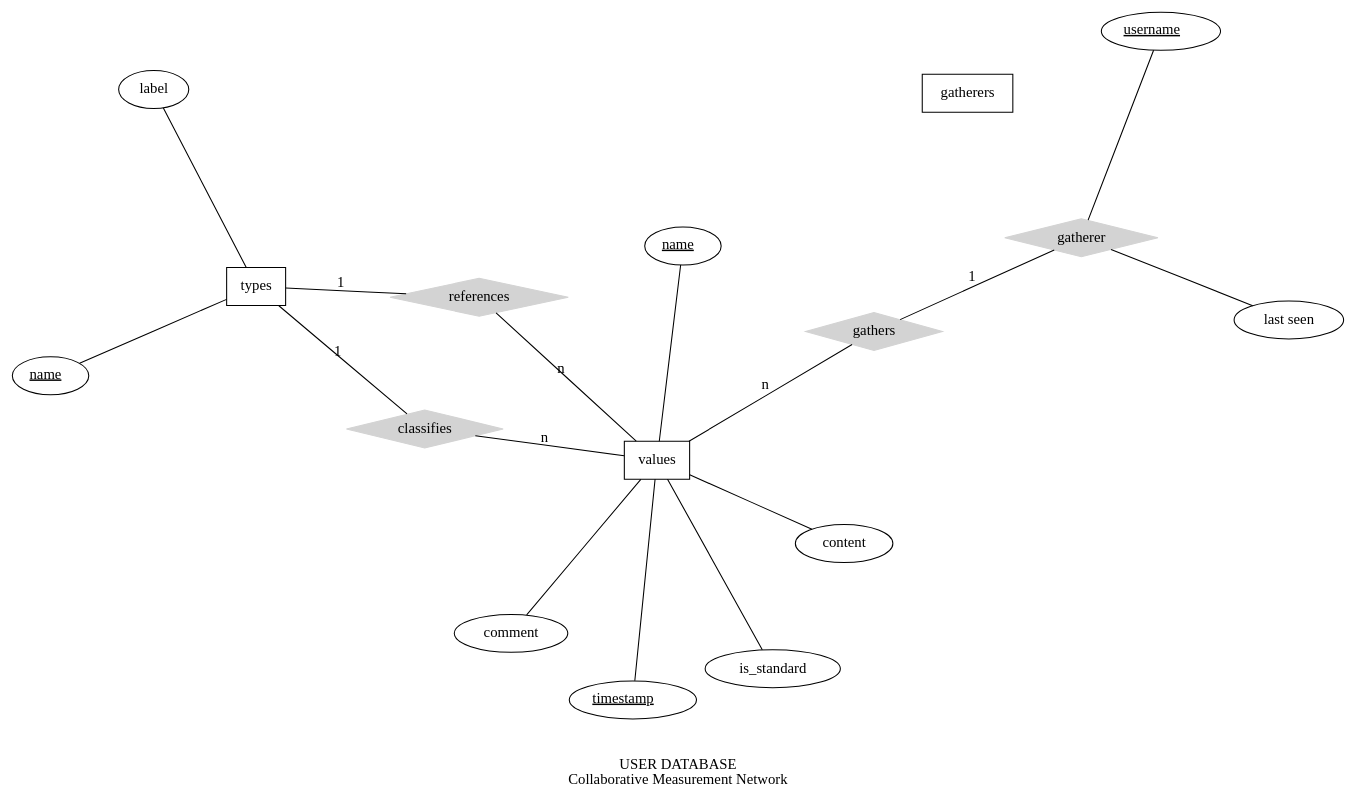
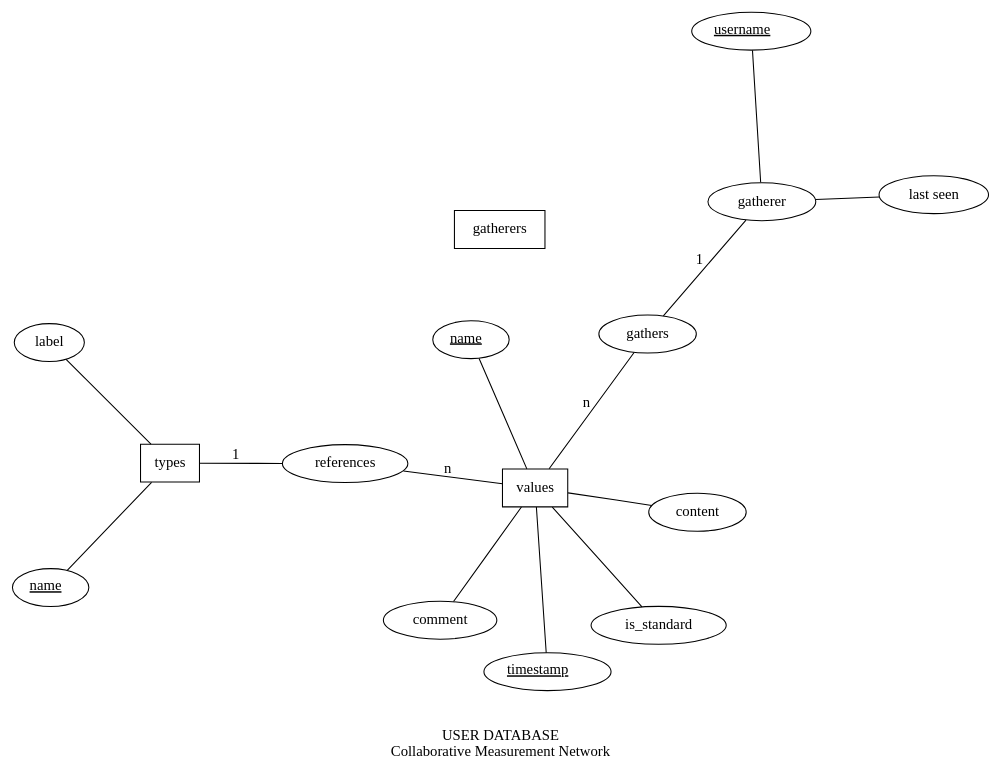
One commit to gruener-campus-malchow/colamator changed the diagram in doc/erm.dot. Above: the diagram before and after it, drawn with Graphviz. The commit also changed 1 other file, not shown here.

```diff
--- a/doc/erm.dot
+++ b/doc/erm.dot
@@ -1,41 +1,41 @@
 graph ER {
 
   layout=neato;
    //overlap = scale;
    overlap = false;
 
   node [shape=box]; types; values; gatherers;
 
   node [shape=ellipse];  name0; name1; username; label; comment; content; timestamp; status; is_standard;
 
-  node [shape=diamond,style=filled,color=lightgrey] {"classifies";} 
+  //node [shape=diamond,style=filled,color=lightgrey] {"classifies";} 
 
   name0 -- types;
   label -- types;
   name0 [label=<<u>name</u>>];
 
   name1 -- values;
   content -- values;
   is_standard -- values;
   timestamp -- values;
   comment -- values;
   name1 [label=<<u>name</u>>];
   timestamp [label=<<u>timestamp</u>>];
 
   username -- gatherer;
   status -- gatherer;
   username [label=<<u>username</u>>];
   status [label="last seen"];
 
-  types -- "classifies" [label="1",len=1.00];
-  values -- "classifies" [label="n",len=1.00];
+ // types -- "classifies" [label="1",len=1.00];
+ // values -- "classifies" [label="n",len=1.00];
 
   types -- "references" [label="1",len=1.00];
   values -- "references" [label="n",len=1.00];
 
   gatherer -- "gathers" [label="1",len=1.00];
   values -- "gathers" [label="n",len=1.00];
 
   label = "\n\nUSER DATABASE\nCollaborative Measurement Network";
   fontsize=14;
 }
```
